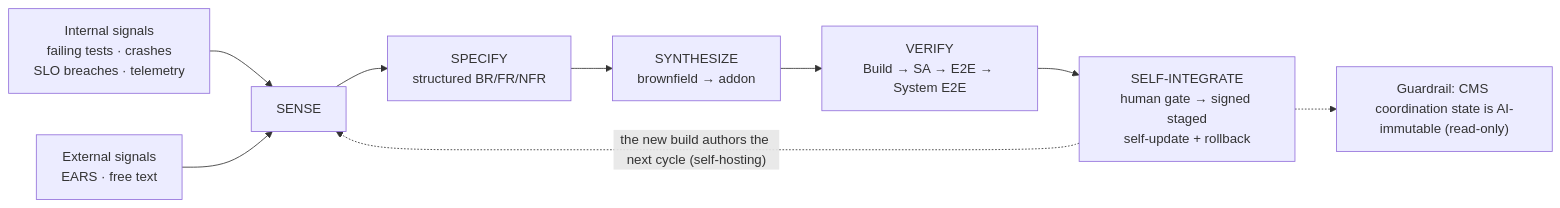
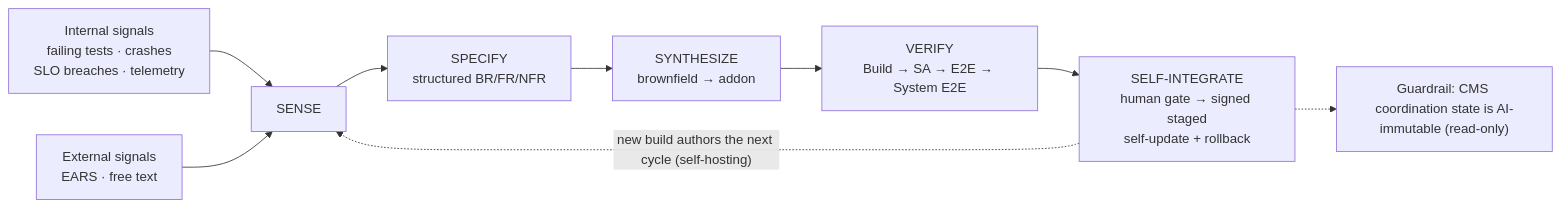
The diagram in README.md (romanagaev/self-evolving-platform), drawn with Mermaid before and after one commit. The commit also changed 2 other files, not shown here.

Commit message:
docs: fix Mermaid rendering (valid edge syntax, quoted labels, safe aliases)

````diff
--- a/README.md
+++ b/README.md
@@ -68,11 +68,11 @@
 ```mermaid
 flowchart LR
     INT["Internal signals<br/>failing tests · crashes<br/>SLO breaches · telemetry"] --> SENSE
     EXT["External signals<br/>EARS · free text"] --> SENSE
     SENSE["SENSE"] --> SPEC["SPECIFY<br/>structured BR/FR/NFR"]
     SPEC --> SYN["SYNTHESIZE<br/>brownfield → addon"]
     SYN --> VER["VERIFY<br/>Build → SA → E2E → System E2E"]
     VER --> INTG["SELF-INTEGRATE<br/>human gate → signed staged<br/>self-update + rollback"]
-    INTG -. "the new build authors the next cycle (self-hosting)" .-> SENSE
+    INTG -.->|"new build authors the next cycle (self-hosting)"| SENSE
     INTG -.-> GUARD["Guardrail: CMS coordination state is AI-immutable (read-only)"]
 ```
````
